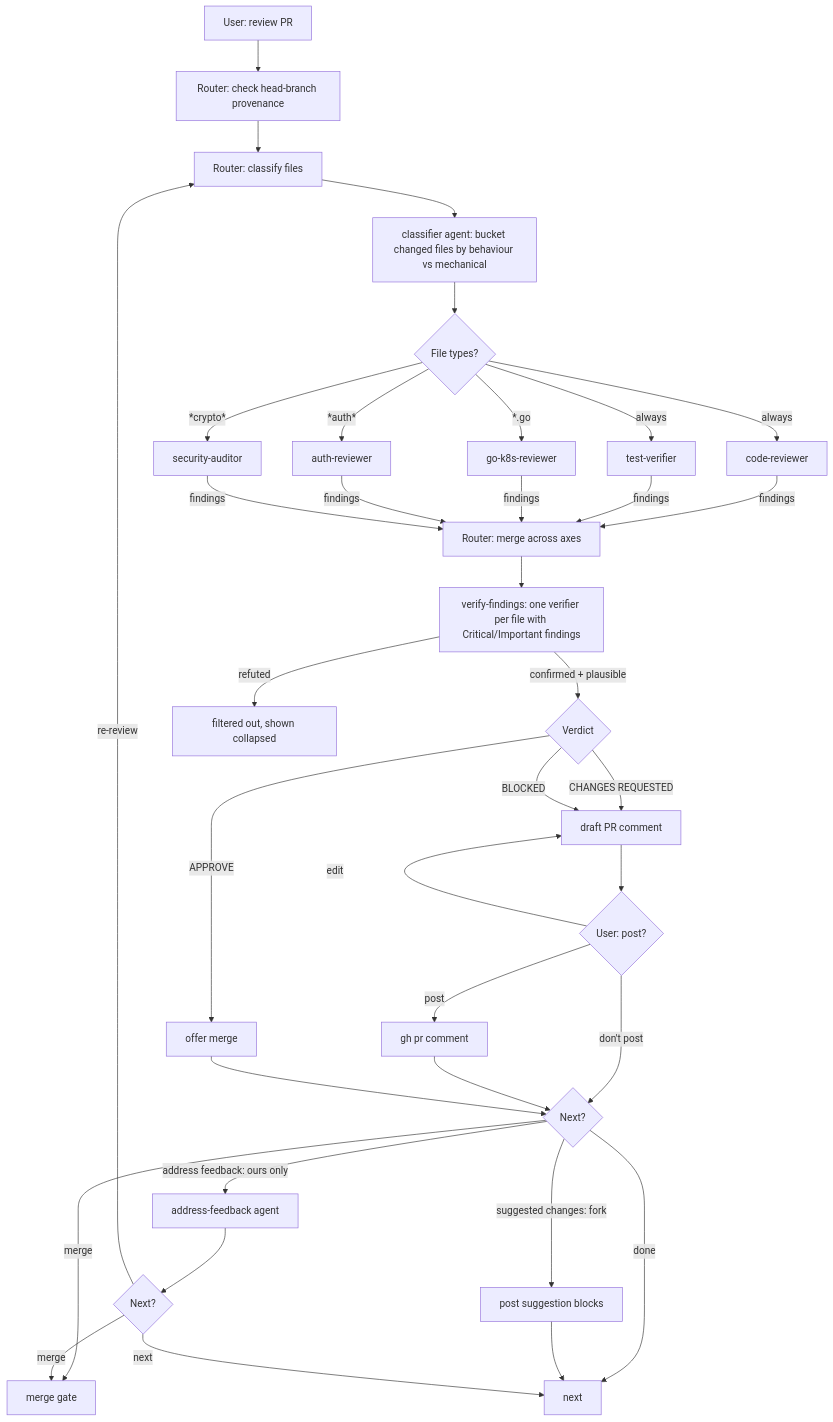
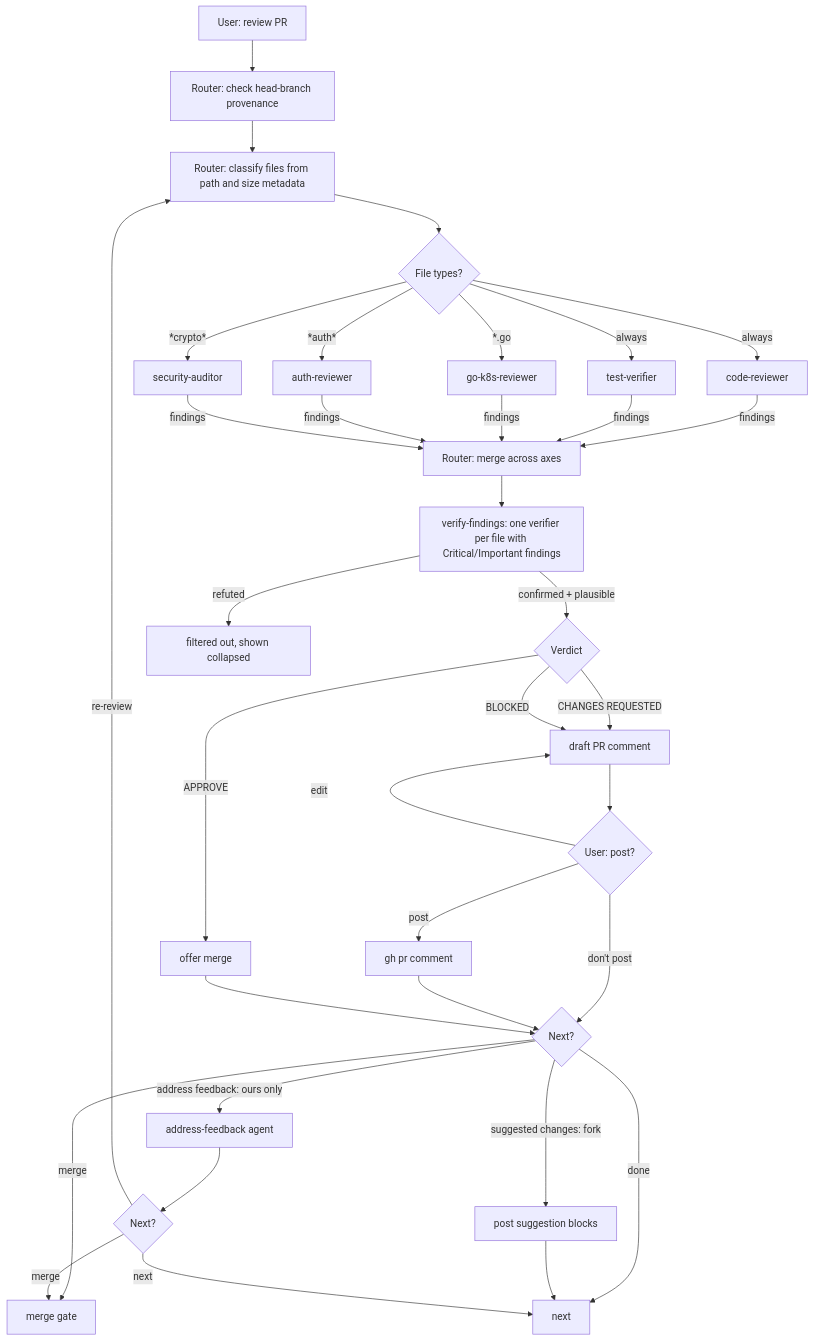
The second of 4 diagrams in README.md (jasonmadigan/clawdio), drawn with Mermaid before and after one commit. The commit also changed 3 other files, not shown here.

First line of the commit message:
refactor: classify review files without a classifier agent

````diff
--- a/README.md
+++ b/README.md
@@ -135,34 +135,33 @@
 ```mermaid
 graph TD
     A[User: review PR] --> A0[Router: check head-branch provenance]
-    A0 --> B[Router: classify files]
-    B --> BB[classifier agent: bucket changed files by behaviour vs mechanical]
-    BB --> C{File types?}
+    A0 --> B[Router: classify files from path and size metadata]
+    B --> C{File types?}
     C -->|always| D[code-reviewer]
     C -->|always| E[test-verifier]
     C -->|*.go| F[go-k8s-reviewer]
     C -->|*auth*| G[auth-reviewer]
     C -->|*crypto*| H[security-auditor]
     D & E & F & G & H -->|findings| I[Router: merge across axes]
     I --> V[verify-findings: one verifier per file with Critical/Important findings]
     V -->|confirmed + plausible| J{Verdict}
     V -->|refuted| VF[filtered out, shown collapsed]
     J -->|APPROVE| K[offer merge]
     J -->|CHANGES REQUESTED| L[draft PR comment]
     J -->|BLOCKED| L
     L --> M{User: post?}
     M -->|post| N[gh pr comment]
     M -->|edit| L
     M -->|don't post| O{Next?}
     N --> O
     K --> O
     O -->|address feedback: ours only| P[address-feedback agent]
     O -->|suggested changes: fork| SC[post suggestion blocks]
     O -->|merge| Q[merge gate]
     O -->|done| R[next]
     SC --> R
     P --> S{Next?}
     S -->|re-review| B
     S -->|merge| Q
     S -->|next| R
 ```
````
